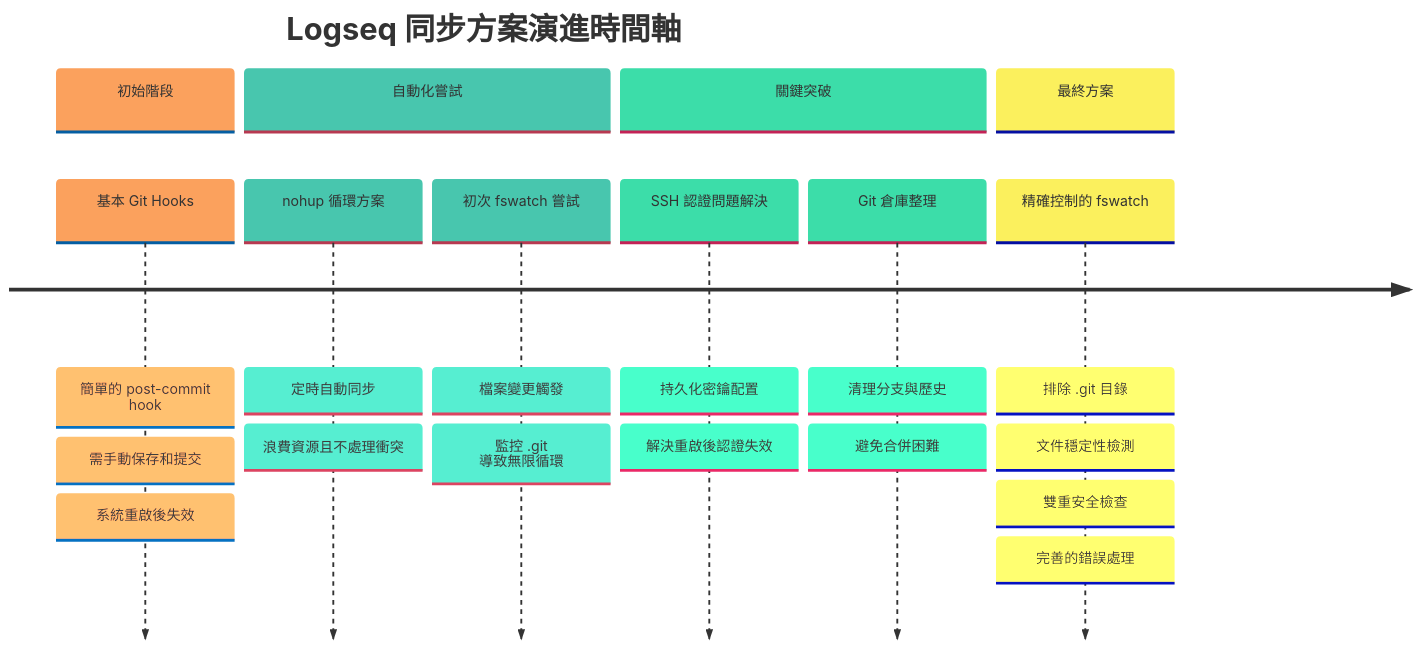
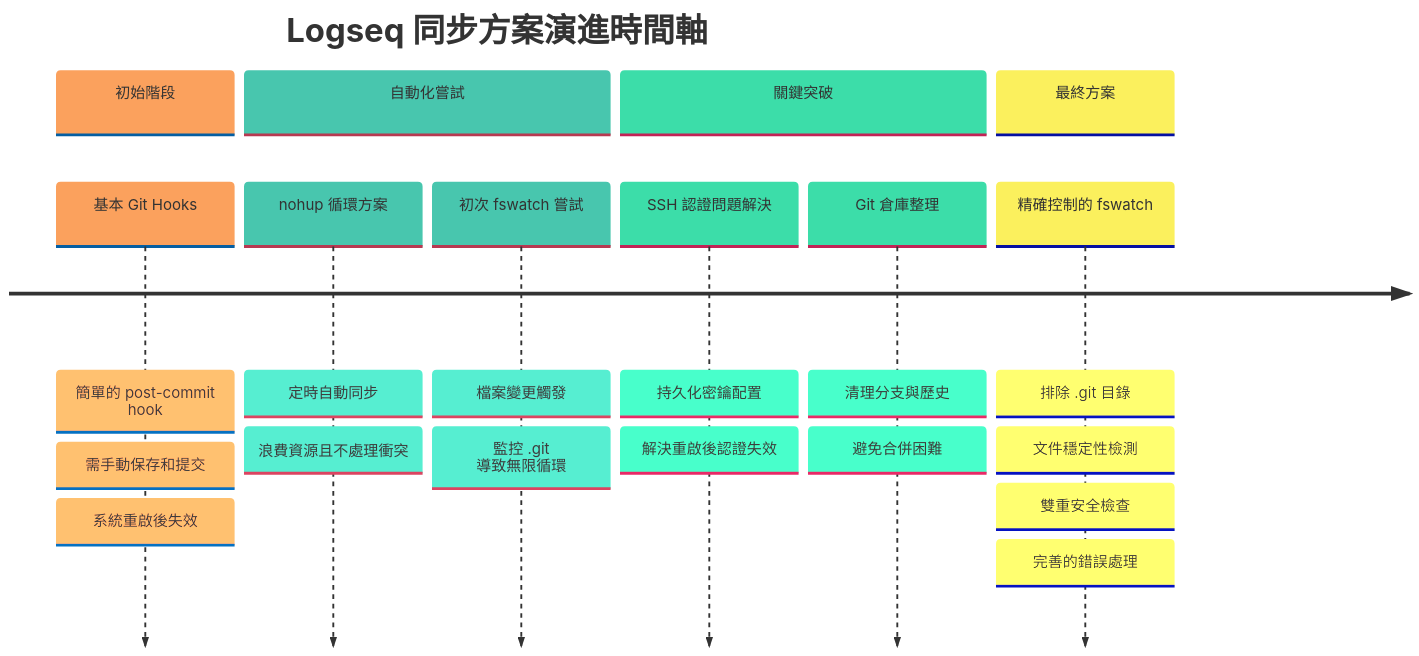
One commit to GengGeng026/Sync-Logseq changed the first of 2 diagrams in Logseq同步方案演進記錄.md. Above: the diagram before and after it, drawn with Mermaid.

Commit message:
Auto-sync: Wed Mar 26 09:53:34 +08 2025

````diff
--- a/Logseq同步方案演進記錄.md
+++ b/Logseq同步方案演進記錄.md
@@ -24,38 +24,38 @@
 ```mermaid
 %%{init: {
   'theme': 'base', 
   'themeVariables': {
     'primaryColor': '#FEE9D9',
     'secondaryColor': '#A9E4D9',
     'tertiaryColor': '#A9F0D9',
     'lineColor': '#A9D9D9',
     'primaryBorderColor': '#A9D9D9',
     'background': 'transparent',
     'clusterBkg': 'transparent',
     'titleColor': '#FEE9D9',
     'fontFamily': 'default',
-    'fontSize': '15px'
+    'fontSize': '16px'
   }
 }}%%
 timeline
     title Logseq 同步方案演進時間軸
     section 初始階段
         基本 Git Hooks : 簡單的 post-commit hook
         : 需手動保存和提交
         : 系統重啟後失效
     section 自動化嘗試
         nohup 循環方案 : 定時自動同步
         : 浪費資源且不處理衝突
         初次 fswatch 嘗試 : 檔案變更觸發
         : 監控 .git 導致無限循環
     section 關鍵突破
         SSH 認證問題解決 : 持久化密鑰配置
         : 解決重啟後認證失效
         Git 倉庫整理 : 清理分支與歷史
         : 避免合併困難
     section 最終方案
         精確控制的 fswatch : 排除 .git 目錄
         : 文件穩定性檢測
         : 雙重安全檢查
         : 完善的錯誤處理
 ```
````
